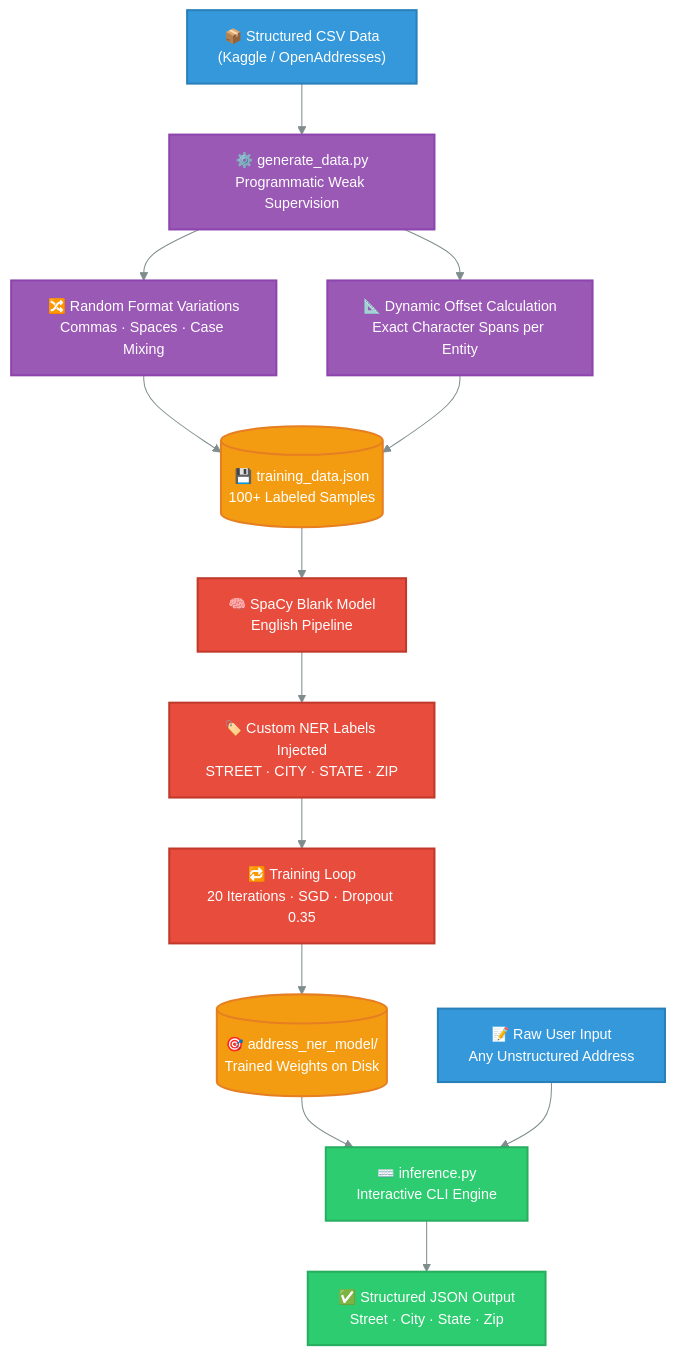
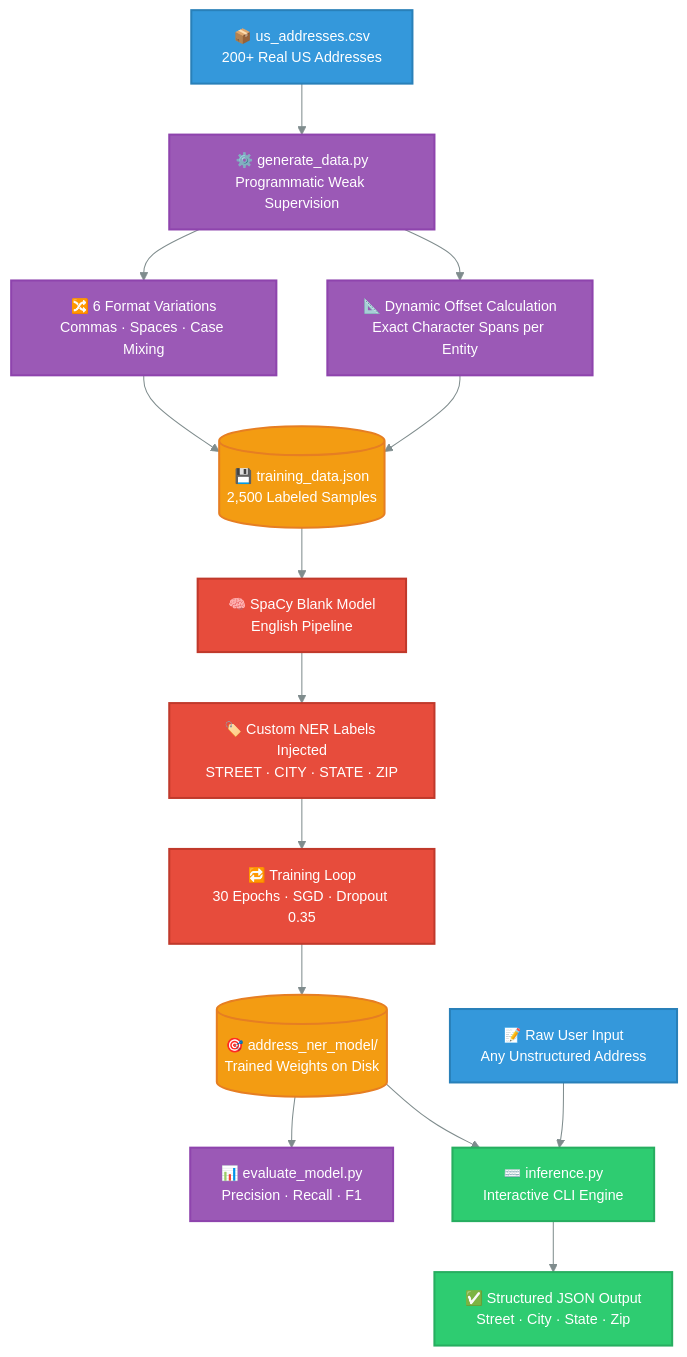
Before and after one commit to SHAILESH-RS-UPADHYAY/iota-address-parser: the diagram in README.md, drawn with Mermaid. The commit also changed other lines of this file and 11 other files, not shown here.

Commit message:
feat: scale dataset to 200+ real addresses, 2500 samples, add evaluation script with metrics, tune model hyperparameters

````diff
--- a/README.md
+++ b/README.md
@@ -37,36 +37,38 @@
 ```mermaid
 %%{init: {'theme': 'base', 'themeVariables': {'primaryColor': '#4A90D9', 'primaryTextColor': '#FFFFFF', 'primaryBorderColor': '#2C5F8A', 'secondaryColor': '#F39C12', 'tertiaryColor': '#2ECC71', 'lineColor': '#7F8C8D', 'fontSize': '14px'}}}%%
 
 flowchart TD
     classDef dataNode fill:#3498DB,stroke:#2980B9,color:#fff,stroke-width:2px
     classDef processNode fill:#9B59B6,stroke:#8E44AD,color:#fff,stroke-width:2px
     classDef modelNode fill:#E74C3C,stroke:#C0392B,color:#fff,stroke-width:2px
     classDef outputNode fill:#2ECC71,stroke:#27AE60,color:#fff,stroke-width:2px
     classDef fileNode fill:#F39C12,stroke:#E67E22,color:#fff,stroke-width:2px
 
-    A["📦 Structured CSV Data<br/>(Kaggle / OpenAddresses)"]:::dataNode
+    A["📦 us_addresses.csv<br/>200+ Real US Addresses"]:::dataNode
     B["⚙️ generate_data.py<br/>Programmatic Weak Supervision"]:::processNode
-    C["🔀 Random Format Variations<br/>Commas · Spaces · Case Mixing"]:::processNode
+    C["🔀 6 Format Variations<br/>Commas · Spaces · Case Mixing"]:::processNode
     D["📐 Dynamic Offset Calculation<br/>Exact Character Spans per Entity"]:::processNode
-    E[("💾 training_data.json<br/>100+ Labeled Samples")]:::fileNode
+    E[("💾 training_data.json<br/>2,500 Labeled Samples")]:::fileNode
     F["🧠 SpaCy Blank Model<br/>English Pipeline"]:::modelNode
     G["🏷️ Custom NER Labels Injected<br/>STREET · CITY · STATE · ZIP"]:::modelNode
-    H["🔁 Training Loop<br/>20 Iterations · SGD · Dropout 0.35"]:::modelNode
+    H["🔁 Training Loop<br/>30 Epochs · SGD · Dropout 0.35"]:::modelNode
     I[("🎯 address_ner_model/<br/>Trained Weights on Disk")]:::fileNode
-    J["⌨️ inference.py<br/>Interactive CLI Engine"]:::outputNode
-    K["📝 Raw User Input<br/>Any Unstructured Address"]:::dataNode
-    L["✅ Structured JSON Output<br/>Street · City · State · Zip"]:::outputNode
+    J["📊 evaluate_model.py<br/>Precision · Recall · F1"]:::processNode
+    K["⌨️ inference.py<br/>Interactive CLI Engine"]:::outputNode
+    L["📝 Raw User Input<br/>Any Unstructured Address"]:::dataNode
+    M["✅ Structured JSON Output<br/>Street · City · State · Zip"]:::outputNode
 
     A --> B
     B --> C
     B --> D
     C --> E
     D --> E
     E --> F
     F --> G
     G --> H
     H --> I
     I --> J
-    K --> J
-    J --> L
+    I --> K
+    L --> K
+    K --> M
 ```
````
